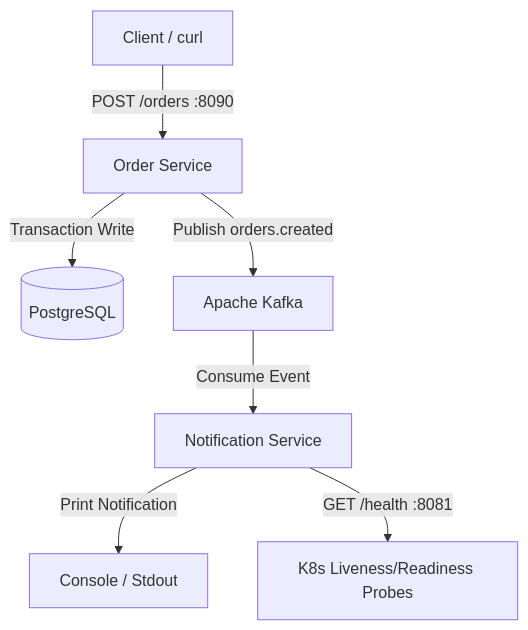
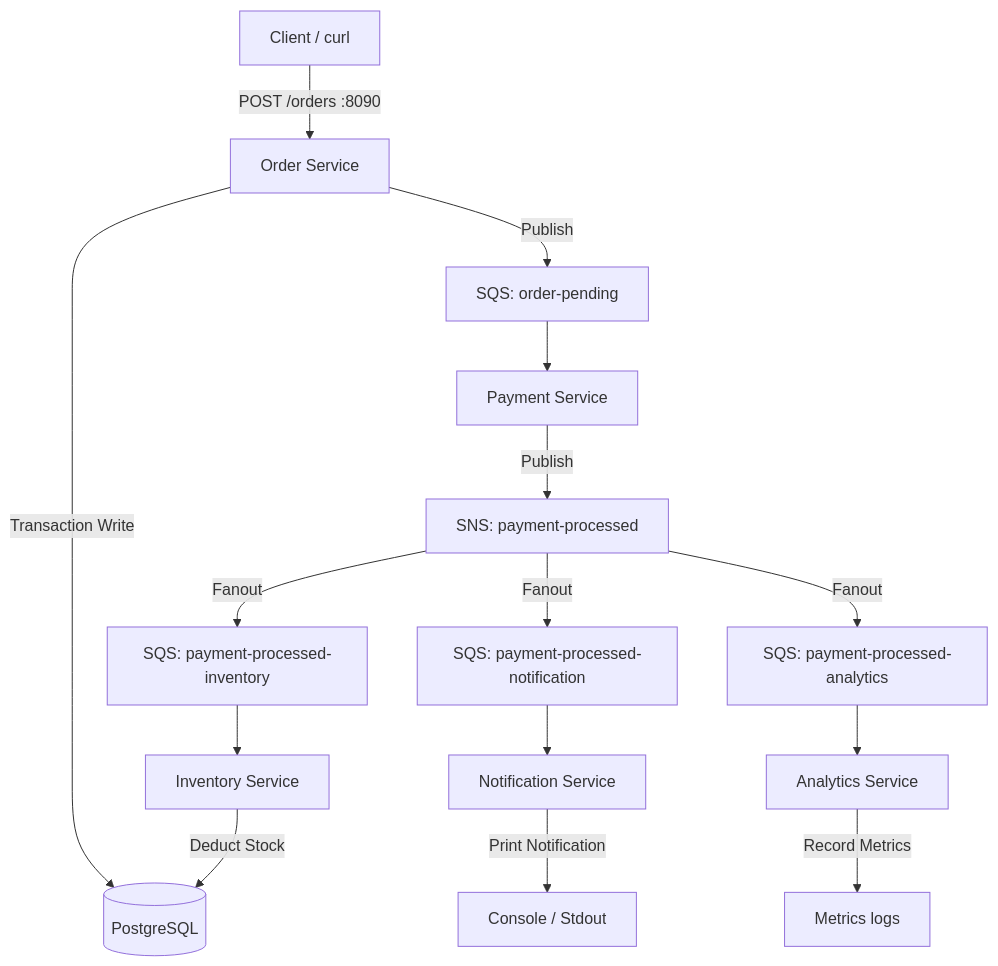
One commit to seanchuatech/order-processing-system changed the diagram in README.md. Above: the diagram before and after it, drawn with Mermaid. The commit also changed other lines of this file and 1 other file, not shown here.

Commit message:
docs: update README and Makefile for SQS and 5-service plan

````diff
--- a/README.md
+++ b/README.md
@@ -14,9 +16,17 @@
 ```mermaid
 graph TD
     Client[Client / curl] -->|POST /orders :8090| OS[Order Service]
     OS -->|Transaction Write| DB[(PostgreSQL)]
-    OS -->|Publish orders.created| Kafka[Apache Kafka]
-    Kafka -->|Consume Event| NS[Notification Service]
+    OS -->|Publish| SQS_Pending[SQS: order-pending]
+    SQS_Pending --> PS[Payment Service]
+    PS -->|Publish| SNS_Processed[SNS: payment-processed]
+    SNS_Processed -->|Fanout| SQS_Notification[SQS: payment-processed-notification]
+    SNS_Processed -->|Fanout| SQS_Inventory[SQS: payment-processed-inventory]
+    SNS_Processed -->|Fanout| SQS_Analytics[SQS: payment-processed-analytics]
+    SQS_Notification --> NS[Notification Service]
+    SQS_Inventory --> IS[Inventory Service]
+    SQS_Analytics --> AS[Analytics Service]
     NS -->|Print Notification| Logs[Console / Stdout]
-    NS -->|GET /health :8081| Probes[K8s Liveness/Readiness Probes]
+    IS -->|Deduct Stock| DB
+    AS -->|Record Metrics| AnalyticsLogs[Metrics logs]
 ```
````
